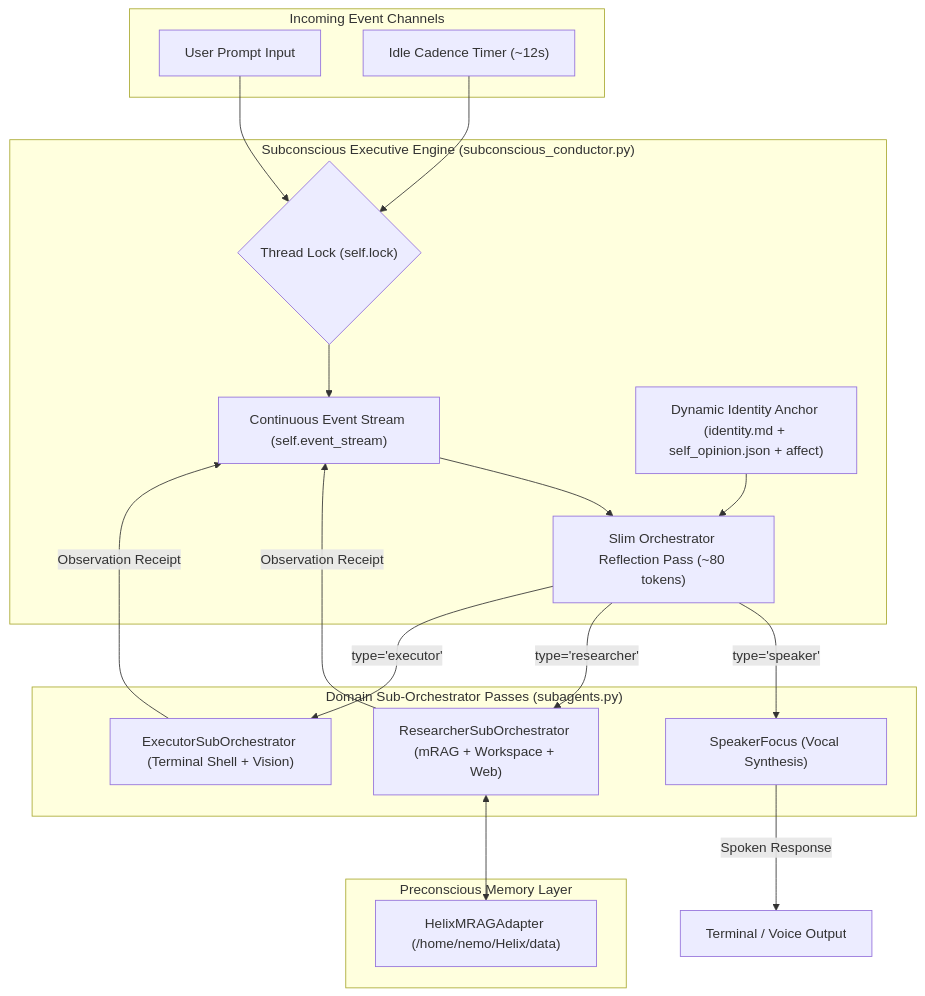
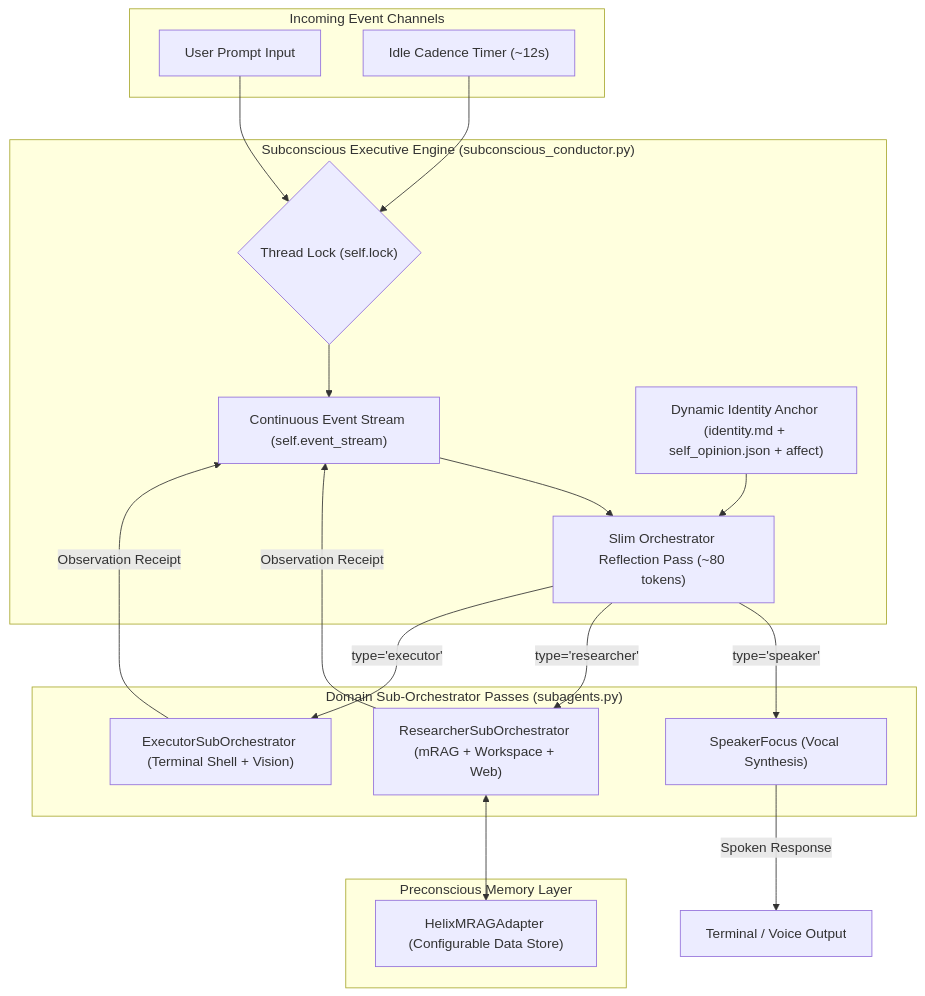
The first of 3 diagrams in Over_Agent_Design/README.md (munch2u-a11y/Helix-AGI), drawn with Mermaid before and after one commit. The commit also changed other lines of this file, not shown here.

Commit message:
docs(over-agent): Make paths agnostic and add Digital Bicameral Architecture comparison section

````diff
--- a/Over_Agent_Design/README.md
+++ b/Over_Agent_Design/README.md
@@ -27,37 +59,37 @@
 ```mermaid
 flowchart TD
     subgraph Inputs ["Incoming Event Channels"]
         U["User Prompt Input"]
         T["Idle Cadence Timer (~12s)"]
     end
 
     subgraph Conductor ["Subconscious Executive Engine (subconscious_conductor.py)"]
         S["Continuous Event Stream (self.event_stream)"]
         A["Dynamic Identity Anchor (identity.md + self_opinion.json + affect)"]
         E["Slim Orchestrator Reflection Pass (~80 tokens)"]
         L{"Thread Lock (self.lock)"}
     end
 
     subgraph SubOrchestrators ["Domain Sub-Orchestrator Passes (subagents.py)"]
         SP["SpeakerFocus (Vocal Synthesis)"]
         RE["ResearcherSubOrchestrator (mRAG + Workspace + Web)"]
         EX["ExecutorSubOrchestrator (Terminal Shell + Vision)"]
     end
 
     subgraph Memory ["Preconscious Memory Layer"]
-        M["HelixMRAGAdapter (/home/nemo/Helix/data)"]
+        M["HelixMRAGAdapter (Configurable Data Store)"]
     end
 
     U --> L
     T --> L
     L --> S
     A --> E
     S --> E
     E -->|type='speaker'| SP
     E -->|type='researcher'| RE
     E -->|type='executor'| EX
     RE <--> M
     RE -->|Observation Receipt| S
     EX -->|Observation Receipt| S
     SP -->|Spoken Response| Out["Terminal / Voice Output"]
 ```
````
